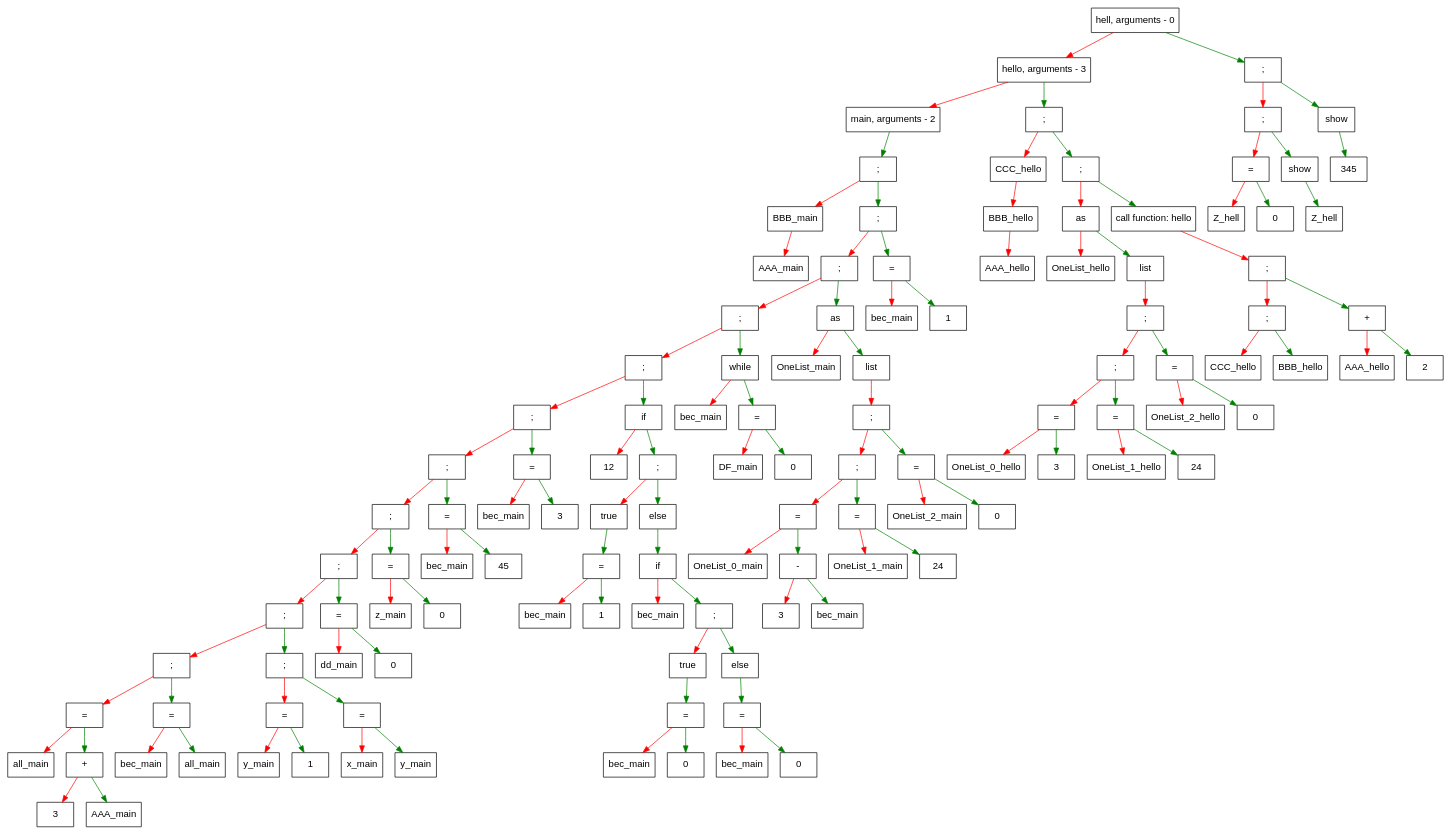
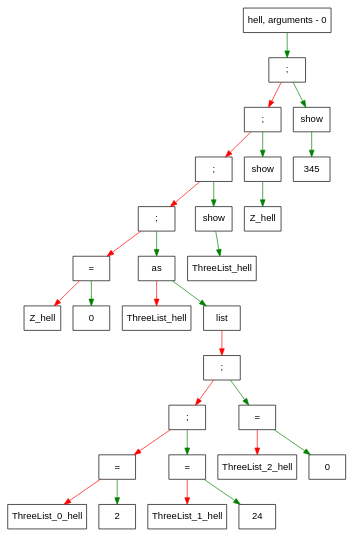
One commit to Naminar/Language changed the diagram in dump.dot. Above: the diagram before and after it, drawn with Graphviz. The commit also changed 14 other files, not shown here.

```diff
--- a/dump.dot
+++ b/dump.dot
@@ -1,246 +1,58 @@
 digraph G{
  size="100" node [shape = record, fontname = Arial];
-    elem000001af61dcb530[label = " { hell, arguments - 0} "];
+    elem0000027a0cee1640[label = " {hell, arguments - 0 } "];
+edge [color = green];
+elem0000027a0cee1640 -> elem0000027a0cee5c60;elem0000027a0cee5c60[label = " {; } "];
 edge [color = red];
-elem000001af61dcb530 -> elem000001af61dcb1b0;edge [color = green];
-elem000001af61dcb530 -> elem000001af61dcae30;elem000001af61dcb1b0[label = " { hello, arguments - 3} "];
+elem0000027a0cee5c60 -> elem0000027a0cee6760;edge [color = green];
+elem0000027a0cee5c60 -> elem0000027a0cee79a0;elem0000027a0cee6760[label = " {; } "];
 edge [color = red];
-elem000001af61dcb1b0 -> elem000001af61dc1640;edge [color = green];
-elem000001af61dcb1b0 -> elem000001af61dc9880;elem000001af61dc1640[label = " { main, arguments - 2} "];
+elem0000027a0cee6760 -> elem0000027a0cee5960;edge [color = green];
+elem0000027a0cee6760 -> elem0000027a0cee7860;elem0000027a0cee5960[label = " {; } "];
+edge [color = red];
+elem0000027a0cee5960 -> elem0000027a0cee65e0;edge [color = green];
+elem0000027a0cee5960 -> elem0000027a0cee7a20;elem0000027a0cee65e0[label = " {; } "];
+edge [color = red];
+elem0000027a0cee65e0 -> elem0000027a0cee7760;edge [color = green];
+elem0000027a0cee65e0 -> elem0000027a0cee6a30;elem0000027a0cee7760[label = " {= } "];
+edge [color = red];
+elem0000027a0cee7760 -> elem0000027a0cee6810;edge [color = green];
+elem0000027a0cee7760 -> elem0000027a0cee76e0;elem0000027a0cee6810[label = " {Z_hell } "];
+elem0000027a0cee76e0[label = " {0 } "];
+elem0000027a0cee6a30[label = " {as } "];
+edge [color = red];
+elem0000027a0cee6a30 -> elem0000027a0cee69a0;edge [color = green];
+elem0000027a0cee6a30 -> elem0000027a0cee6b50;elem0000027a0cee69a0[label = " {ThreeList_hell } "];
+elem0000027a0cee6b50[label = " {list } "];
+edge [color = red];
+elem0000027a0cee6b50 -> elem0000027a0cee64e0;elem0000027a0cee64e0[label = " {; } "];
+edge [color = red];
+elem0000027a0cee64e0 -> elem0000027a0cee7ae0;edge [color = green];
+elem0000027a0cee64e0 -> elem0000027a0cee5a60;elem0000027a0cee7ae0[label = " {; } "];
+edge [color = red];
+elem0000027a0cee7ae0 -> elem0000027a0cee7aa0;edge [color = green];
+elem0000027a0cee7ae0 -> elem0000027a0cee6020;elem0000027a0cee7aa0[label = " {= } "];
+edge [color = red];
+elem0000027a0cee7aa0 -> elem0000027a0cee7ba0;edge [color = green];
+elem0000027a0cee7aa0 -> elem0000027a0cee7c20;elem0000027a0cee7ba0[label = " {ThreeList_0_hell } "];
+elem0000027a0cee7c20[label = " {2 } "];
+elem0000027a0cee6020[label = " {= } "];
+edge [color = red];
+elem0000027a0cee6020 -> elem0000027a0cee7b20;edge [color = green];
+elem0000027a0cee6020 -> elem0000027a0cee7720;elem0000027a0cee7b20[label = " {ThreeList_1_hell } "];
+elem0000027a0cee7720[label = " {24 } "];
+elem0000027a0cee5a60[label = " {= } "];
+edge [color = red];
+elem0000027a0cee5a60 -> elem0000027a0cee6060;edge [color = green];
+elem0000027a0cee5a60 -> elem0000027a0cee66a0;elem0000027a0cee6060[label = " {ThreeList_2_hell } "];
+elem0000027a0cee66a0[label = " {0 } "];
+elem0000027a0cee7a20[label = " {show } "];
 edge [color = green];
-elem000001af61dc1640 -> elem000001af61dcd430;elem000001af61dcd430[label = " { ; } "];
-edge [color = red];
-elem000001af61dcd430 -> elem000001af61dc17f0;edge [color = green];
-elem000001af61dcd430 -> elem000001af61dc9300;elem000001af61dc17f0[label = " {BBB_main} "];
-edge [color = red];
-elem000001af61dc17f0 -> elem000001af61dc1760;elem000001af61dc1760[label = " {AAA_main} "];
-elem000001af61dc9300[label = " { ; } "];
-edge [color = red];
-elem000001af61dc9300 -> elem000001af61dc93c0;edge [color = green];
-elem000001af61dc9300 -> elem000001af61dcb030;elem000001af61dc93c0[label = " { ; } "];
-edge [color = red];
-elem000001af61dc93c0 -> elem000001af61dcd530;edge [color = green];
-elem000001af61dc93c0 -> elem000001af61dc9980;elem000001af61dcd530[label = " { ; } "];
-edge [color = red];
-elem000001af61dcd530 -> elem000001af61dcd8f0;edge [color = green];
-elem000001af61dcd530 -> elem000001af61dc9740;elem000001af61dcd8f0[label = " { ; } "];
-edge [color = red];
-elem000001af61dcd8f0 -> elem000001af61dcd6b0;edge [color = green];
-elem000001af61dcd8f0 -> elem000001af61dc91c0;elem000001af61dcd6b0[label = " { ; } "];
-edge [color = red];
-elem000001af61dcd6b0 -> elem000001af61dcd1b0;edge [color = green];
-elem000001af61dcd6b0 -> elem000001af61dc79a0;elem000001af61dcd1b0[label = " { ; } "];
-edge [color = red];
-elem000001af61dcd1b0 -> elem000001af61dcdaf0;edge [color = green];
-elem000001af61dcd1b0 -> elem000001af61dc7b20;elem000001af61dcdaf0[label = " { ; } "];
-edge [color = red];
-elem000001af61dcdaf0 -> elem000001af61dcd330;edge [color = green];
-elem000001af61dcdaf0 -> elem000001af61dcce30;elem000001af61dcd330[label = " { ; } "];
-edge [color = red];
-elem000001af61dcd330 -> elem000001af61dccdb0;edge [color = green];
-elem000001af61dcd330 -> elem000001af61dcd2f0;elem000001af61dccdb0[label = " { ; } "];
-edge [color = red];
-elem000001af61dccdb0 -> elem000001af61dcd930;edge [color = green];
-elem000001af61dccdb0 -> elem000001af61dcd870;elem000001af61dcd930[label = " { ; } "];
-edge [color = red];
-elem000001af61dcd930 -> elem000001af61dc6ac0;edge [color = green];
-elem000001af61dcd930 -> elem000001af61dc69a0;elem000001af61dc6ac0[label = " { = } "];
-edge [color = red];
-elem000001af61dc6ac0 -> elem000001af61dc6a30;edge [color = green];
-elem000001af61dc6ac0 -> elem000001af61dc77e0;elem000001af61dc6a30[label = " {all_main} "];
-elem000001af61dc77e0[label = " { + } "];
-edge [color = red];
-elem000001af61dc77e0 -> elem000001af61dc7450;edge [color = green];
-elem000001af61dc77e0 -> elem000001af61dc7ba0;elem000001af61dc7450[label = " {3} "];
-elem000001af61dc7ba0[label = " {AAA_main} "];
-elem000001af61dc69a0[label = " { = } "];
-edge [color = red];
-elem000001af61dc69a0 -> elem000001af61dc6910;edge [color = green];
-elem000001af61dc69a0 -> elem000001af61dcd830;elem000001af61dc6910[label = " {bec_main} "];
-elem000001af61dcd830[label = " {all_main} "];
-elem000001af61dcd870[label = " { ; } "];
-edge [color = red];
-elem000001af61dcd870 -> elem000001af61dc7b60;edge [color = green];
-elem000001af61dcd870 -> elem000001af61dc76e0;elem000001af61dc7b60[label = " { = } "];
-edge [color = red];
-elem000001af61dc7b60 -> elem000001af61dc7be0;edge [color = green];
-elem000001af61dc7b60 -> elem000001af61dc7c60;elem000001af61dc7be0[label = " {y_main} "];
-elem000001af61dc7c60[label = " {1} "];
-elem000001af61dc76e0[label = " { = } "];
-edge [color = red];
-elem000001af61dc76e0 -> elem000001af61dc7820;edge [color = green];
-elem000001af61dc76e0 -> elem000001af61dcd7f0;elem000001af61dc7820[label = " {x_main} "];
-elem000001af61dcd7f0[label = " {y_main} "];
-elem000001af61dcd2f0[label = " { = } "];
-edge [color = red];
-elem000001af61dcd2f0 -> elem000001af61dc7ca0;edge [color = green];
-elem000001af61dcd2f0 -> elem000001af61dcd9f0;elem000001af61dc7ca0[label = " {dd_main} "];
-elem000001af61dcd9f0[label = " {0} "];
-elem000001af61dcce30[label = " { = } "];
-edge [color = red];
-elem000001af61dcce30 -> elem000001af61dc75a0;edge [color = green];
-elem000001af61dcce30 -> elem000001af61dcd370;elem000001af61dc75a0[label = " {z_main} "];
-elem000001af61dcd370[label = " {0} "];
-elem000001af61dc7b20[label = " { = } "];
-edge [color = red];
-elem000001af61dc7b20 -> elem000001af61dc75e0;edge [color = green];
-elem000001af61dc7b20 -> elem000001af61dc7ae0;elem000001af61dc75e0[label = " {bec_main} "];
-elem000001af61dc7ae0[label = " {45} "];
-elem000001af61dc79a0[label = " { = } "];
-edge [color = red];
-elem000001af61dc79a0 -> elem000001af61dc7a20;edge [color = green];
-elem000001af61dc79a0 -> elem000001af61dc9680;elem000001af61dc7a20[label = " {bec_main} "];
-elem000001af61dc9680[label = " {3} "];
-elem000001af61dc91c0[label = " {if} "];
-edge [color = red];
-elem000001af61dc91c0 -> elem000001af61dc8ec0;edge [color = green];
-elem000001af61dc91c0 -> elem000001af61dcd6f0;elem000001af61dc8ec0[label = " {12} "];
-elem000001af61dcd6f0[label = " { ; } "];
-edge [color = red];
-elem000001af61dcd6f0 -> elem000001af61dc9100;edge [color = green];
-elem000001af61dcd6f0 -> elem000001af61dc9600;elem000001af61dc9100[label = " {true} "];
+elem0000027a0cee7a20 -> elem0000027a0cee78e0;elem0000027a0cee78e0[label = " {ThreeList_hell } "];
+elem0000027a0cee7860[label = " {show } "];
 edge [color = green];
-elem000001af61dc9100 -> elem000001af61dc8d40;elem000001af61dc8d40[label = " { = } "];
-edge [color = red];
-elem000001af61dc8d40 -> elem000001af61dc9040;edge [color = green];
-elem000001af61dc8d40 -> elem000001af61dc8f40;elem000001af61dc9040[label = " {bec_main} "];
-elem000001af61dc8f40[label = " {1} "];
-elem000001af61dc9600[label = " {else} "];
+elem0000027a0cee7860 -> elem0000027a0cee7ca0;elem0000027a0cee7ca0[label = " {Z_hell } "];
+elem0000027a0cee79a0[label = " {show } "];
 edge [color = green];
-elem000001af61dc9600 -> elem000001af61dc95c0;elem000001af61dc95c0[label = " {if} "];
-edge [color = red];
-elem000001af61dc95c0 -> elem000001af61dc9640;edge [color = green];
-elem000001af61dc95c0 -> elem000001af61dcd470;elem000001af61dc9640[label = " {bec_main} "];
-elem000001af61dcd470[label = " { ; } "];
-edge [color = red];
-elem000001af61dcd470 -> elem000001af61dc9000;edge [color = green];
-elem000001af61dcd470 -> elem000001af61dc9540;elem000001af61dc9000[label = " {true} "];
-edge [color = green];
-elem000001af61dc9000 -> elem000001af61dc9a80;elem000001af61dc9a80[label = " { = } "];
-edge [color = red];
-elem000001af61dc9a80 -> elem000001af61dc9500;edge [color = green];
-elem000001af61dc9a80 -> elem000001af61dc96c0;elem000001af61dc9500[label = " {bec_main} "];
-elem000001af61dc96c0[label = " {0} "];
-elem000001af61dc9540[label = " {else} "];
-edge [color = green];
-elem000001af61dc9540 -> elem000001af61dc9840;elem000001af61dc9840[label = " { = } "];
-edge [color = red];
-elem000001af61dc9840 -> elem000001af61dc8fc0;edge [color = green];
-elem000001af61dc9840 -> elem000001af61dc9240;elem000001af61dc8fc0[label = " {bec_main} "];
-elem000001af61dc9240[label = " {0} "];
-elem000001af61dc9740[label = " {while} "];
-edge [color = red];
-elem000001af61dc9740 -> elem000001af61dc9380;edge [color = green];
-elem000001af61dc9740 -> elem000001af61dcd4f0;elem000001af61dc9380[label = " {bec_main} "];
-elem000001af61dcd4f0[label = " { = } "];
-edge [color = red];
-elem000001af61dcd4f0 -> elem000001af61dc9440;edge [color = green];
-elem000001af61dcd4f0 -> elem000001af61dcd4b0;elem000001af61dc9440[label = " {DF_main} "];
-elem000001af61dcd4b0[label = " {0} "];
-elem000001af61dc9980[label = " {as} "];
-edge [color = red];
-elem000001af61dc9980 -> elem000001af61dc9940;edge [color = green];
-elem000001af61dc9980 -> elem000001af61dc99c0;elem000001af61dc9940[label = " {OneList_main} "];
-elem000001af61dc99c0[label = " {list} "];
-edge [color = red];
-elem000001af61dc99c0 -> elem000001af61dccf70;elem000001af61dccf70[label = " { ; } "];
-edge [color = red];
-elem000001af61dccf70 -> elem000001af61dccef0;edge [color = green];
-elem000001af61dccf70 -> elem000001af61dc8f80;elem000001af61dccef0[label = " { ; } "];
-edge [color = red];
-elem000001af61dccef0 -> elem000001af61dcceb0;edge [color = green];
-elem000001af61dccef0 -> elem000001af61dccf30;elem000001af61dcceb0[label = " { = } "];
-edge [color = red];
-elem000001af61dcceb0 -> elem000001af61dcce70;edge [color = green];
-elem000001af61dcceb0 -> elem000001af61dcac30;elem000001af61dcce70[label = " {OneList_0_main} "];
-elem000001af61dcac30[label = " { - } "];
-edge [color = red];
-elem000001af61dcac30 -> elem000001af61dcb730;edge [color = green];
-elem000001af61dcac30 -> elem000001af61dca8b0;elem000001af61dcb730[label = " {3} "];
-elem000001af61dca8b0[label = " {bec_main} "];
-elem000001af61dccf30[label = " { = } "];
-edge [color = red];
-elem000001af61dccf30 -> elem000001af61dcd5b0;edge [color = green];
-elem000001af61dccf30 -> elem000001af61dcb430;elem000001af61dcd5b0[label = " {OneList_1_main} "];
-elem000001af61dcb430[label = " {24} "];
-elem000001af61dc8f80[label = " { = } "];
-edge [color = red];
-elem000001af61dc8f80 -> elem000001af61dc9580;edge [color = green];
-elem000001af61dc8f80 -> elem000001af61dc9140;elem000001af61dc9580[label = " {OneList_2_main} "];
-elem000001af61dc9140[label = " {0} "];
-elem000001af61dcb030[label = " { = } "];
-edge [color = red];
-elem000001af61dcb030 -> elem000001af61dcad30;edge [color = green];
-elem000001af61dcb030 -> elem000001af61dcabf0;elem000001af61dcad30[label = " {bec_main} "];
-elem000001af61dcabf0[label = " {1} "];
-elem000001af61dc9880[label = " { ; } "];
-edge [color = red];
-elem000001af61dc9880 -> elem000001af61dcadb0;edge [color = green];
-elem000001af61dc9880 -> elem000001af61dcaa70;elem000001af61dcadb0[label = " {CCC_hello} "];
-edge [color = red];
-elem000001af61dcadb0 -> elem000001af61dca830;elem000001af61dca830[label = " {BBB_hello} "];
-edge [color = red];
-elem000001af61dca830 -> elem000001af61dcb5f0;elem000001af61dcb5f0[label = " {AAA_hello} "];
-elem000001af61dcaa70[label = " { ; } "];
-edge [color = red];
-elem000001af61dcaa70 -> elem000001af61dcaeb0;edge [color = green];
-elem000001af61dcaa70 -> elem000001af61dcafb0;elem000001af61dcaeb0[label = " {as} "];
-edge [color = red];
-elem000001af61dcaeb0 -> elem000001af61dcb070;edge [color = green];
-elem000001af61dcaeb0 -> elem000001af61dcadf0;elem000001af61dcb070[label = " {OneList_hello} "];
-elem000001af61dcadf0[label = " {list} "];
-edge [color = red];
-elem000001af61dcadf0 -> elem000001af61dc8c40;elem000001af61dc8c40[label = " { ; } "];
-edge [color = red];
-elem000001af61dc8c40 -> elem000001af61dc98c0;edge [color = green];
-elem000001af61dc8c40 -> elem000001af61dc9b00;elem000001af61dc98c0[label = " { ; } "];
-edge [color = red];
-elem000001af61dc98c0 -> elem000001af61dc9ac0;edge [color = green];
-elem000001af61dc98c0 -> elem000001af61dc92c0;elem000001af61dc9ac0[label = " { = } "];
-edge [color = red];
-elem000001af61dc9ac0 -> elem000001af61dc9800;edge [color = green];
-elem000001af61dc9ac0 -> elem000001af61dca970;elem000001af61dc9800[label = " {OneList_0_hello} "];
-elem000001af61dca970[label = " {3} "];
-elem000001af61dc92c0[label = " { = } "];
-edge [color = red];
-elem000001af61dc92c0 -> elem000001af61dc8c80;edge [color = green];
-elem000001af61dc92c0 -> elem000001af61dcaf70;elem000001af61dc8c80[label = " {OneList_1_hello} "];
-elem000001af61dcaf70[label = " {24} "];
-elem000001af61dc9b00[label = " { = } "];
-edge [color = red];
-elem000001af61dc9b00 -> elem000001af61dc90c0;edge [color = green];
-elem000001af61dc9b00 -> elem000001af61dc8e40;elem000001af61dc90c0[label = " {OneList_2_hello} "];
-elem000001af61dc8e40[label = " {0} "];
-elem000001af61dcafb0[label = " {call function: hello} "];
-edge [color = red];
-elem000001af61dcafb0 -> elem000001af61dca9f0;elem000001af61dca9f0[label = " { ; } "];
-edge [color = red];
-elem000001af61dca9f0 -> elem000001af61dcaa30;edge [color = green];
-elem000001af61dca9f0 -> elem000001af61dcb0f0;elem000001af61dcaa30[label = " { ; } "];
-edge [color = red];
-elem000001af61dcaa30 -> elem000001af61dcb1f0;edge [color = green];
-elem000001af61dcaa30 -> elem000001af61dcb2f0;elem000001af61dcb1f0[label = " {CCC_hello} "];
-elem000001af61dcb2f0[label = " {BBB_hello} "];
-elem000001af61dcb0f0[label = " { + } "];
-edge [color = red];
-elem000001af61dcb0f0 -> elem000001af61dcb6b0;edge [color = green];
-elem000001af61dcb0f0 -> elem000001af61dcb4b0;elem000001af61dcb6b0[label = " {AAA_hello} "];
-elem000001af61dcb4b0[label = " {2} "];
-elem000001af61dcae30[label = " { ; } "];
-edge [color = red];
-elem000001af61dcae30 -> elem000001af61dcad70;edge [color = green];
-elem000001af61dcae30 -> elem000001af61dcd1f0;elem000001af61dcad70[label = " { ; } "];
-edge [color = red];
-elem000001af61dcad70 -> elem000001af61dcac70;edge [color = green];
-elem000001af61dcad70 -> elem000001af61dcd2b0;elem000001af61dcac70[label = " { = } "];
-edge [color = red];
-elem000001af61dcac70 -> elem000001af61dcb570;edge [color = green];
-elem000001af61dcac70 -> elem000001af61dcab70;elem000001af61dcb570[label = " {Z_hell} "];
-elem000001af61dcab70[label = " {0} "];
-elem000001af61dcd2b0[label = " {show} "];
-edge [color = green];
-elem000001af61dcd2b0 -> elem000001af61dccd70;elem000001af61dccd70[label = " {Z_hell} "];
-elem000001af61dcd1f0[label = " {show} "];
-edge [color = green];
-elem000001af61dcd1f0 -> elem000001af61dcd030;elem000001af61dcd030[label = " {345} "];
+elem0000027a0cee79a0 -> elem0000027a0cee75a0;elem0000027a0cee75a0[label = " {345 } "];
 }
```
